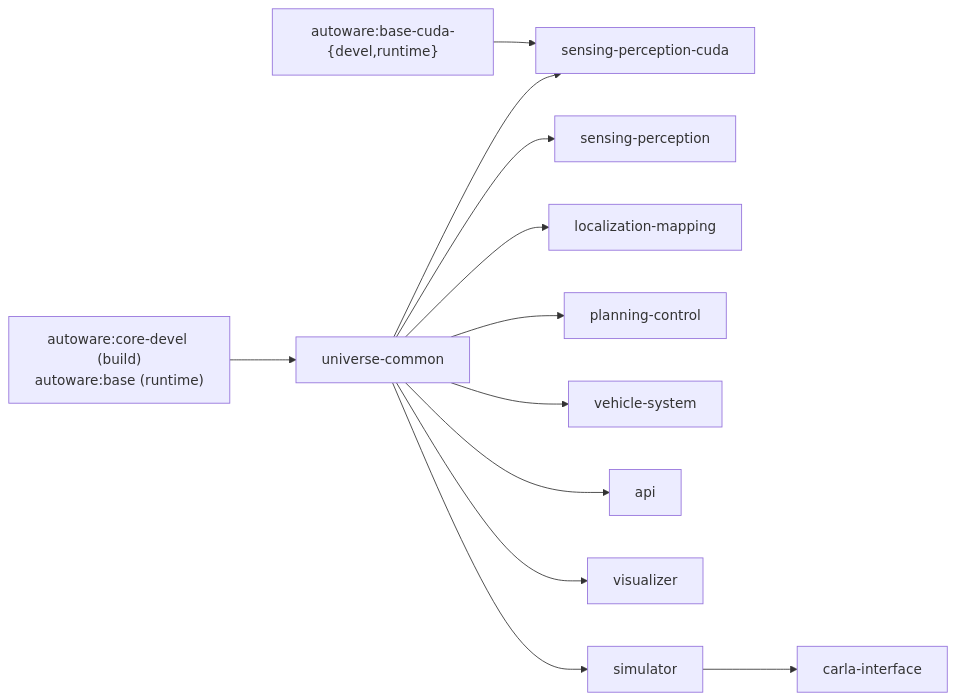
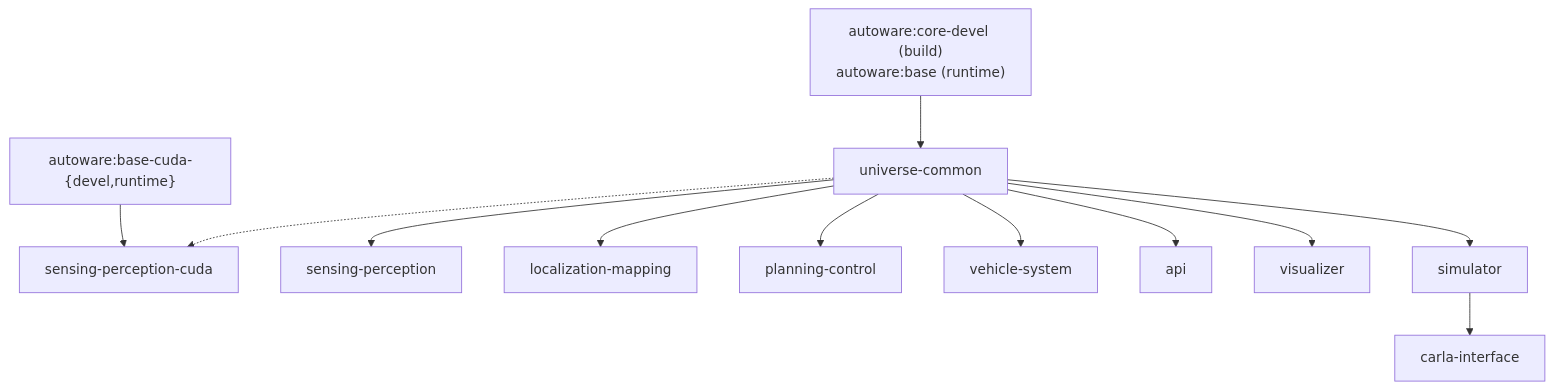
Before and after one commit to autowarefoundation/openadkit: the diagram in docs/includes/build-pipeline.md, drawn with Mermaid. The commit also changed 38 other files, not shown here.

````diff
--- a/docs/includes/build-pipeline.md
+++ b/docs/includes/build-pipeline.md
@@ -1,14 +1,15 @@
 ```mermaid
-flowchart LR
+flowchart TB
     CORE["autoware:core-devel (build)<br/>autoware:base (runtime)"] --> UC["universe-common"]
     CUDA["autoware:base-cuda-{devel,runtime}"] --> SPC["sensing-perception-cuda"]
+
     UC --> SP["sensing-perception"]
     UC --> LM["localization-mapping"]
     UC --> PC["planning-control"]
     UC --> VS["vehicle-system"]
     UC --> API["api"]
     UC --> VIZ["visualizer"]
     UC --> SIM["simulator"]
-    UC --> SPC
+    UC -.-> SPC
     SIM --> CARLA["carla-interface"]
 ```
````
